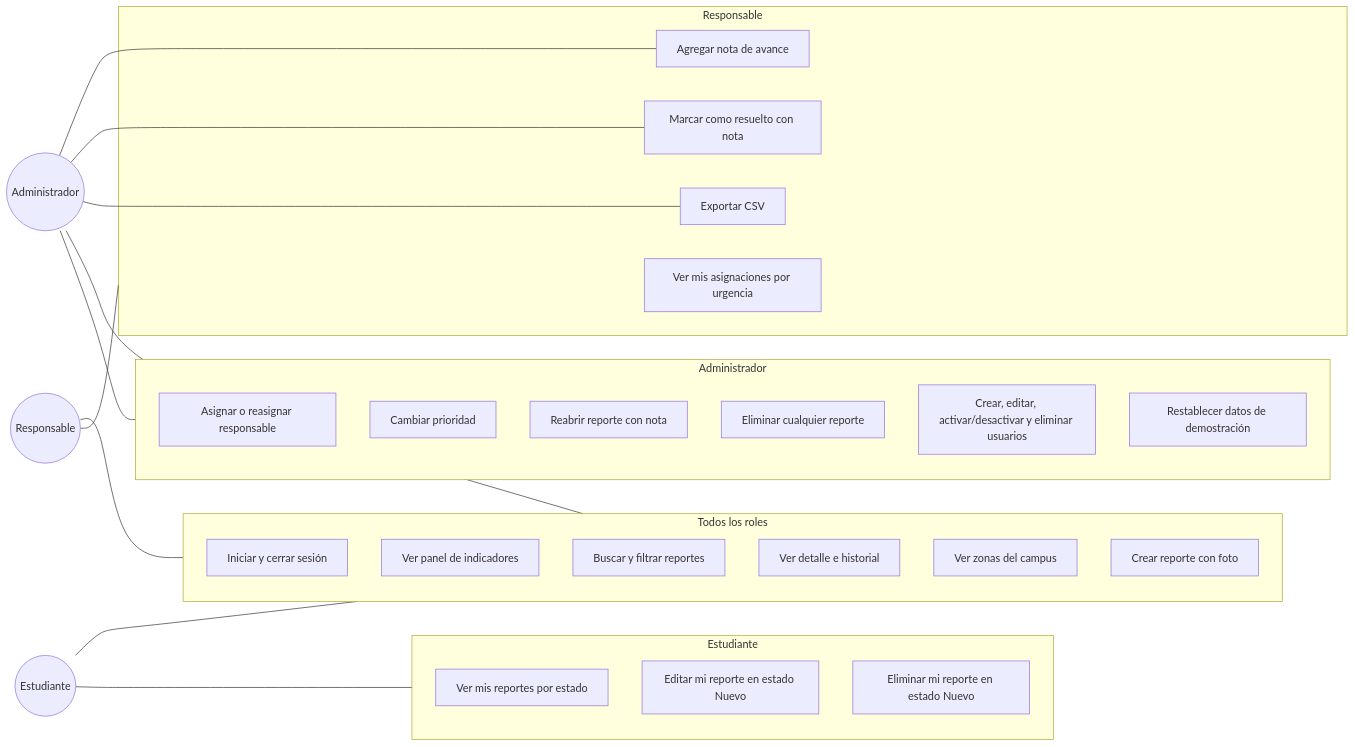
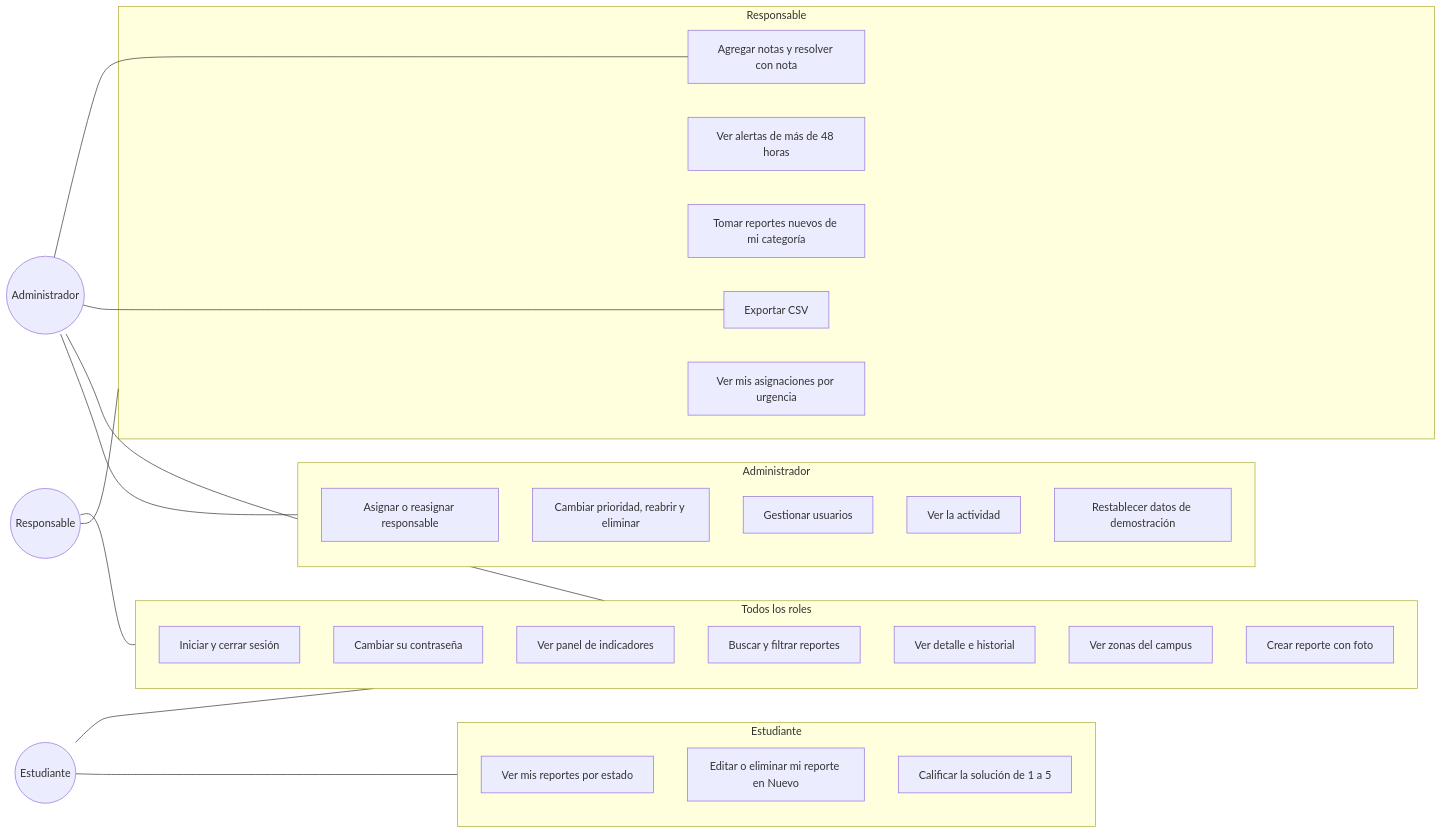
One commit to ElOne1415/ReportaCampus changed the diagram in documentacion/diagramas/casos-de-uso.md. Above: the diagram before and after it, drawn with Mermaid. The commit also changed other lines of this file and 14 other files, not shown here.

First line of the commit message:
docs: arquitectura final, diagramas, requerimientos, pruebas y decisiones

````diff
--- a/documentacion/diagramas/casos-de-uso.md
+++ b/documentacion/diagramas/casos-de-uso.md
@@ -5,47 +5,47 @@
 ```mermaid
 flowchart LR
     E((Estudiante))
     R((Responsable))
     A((Administrador))
 
     subgraph Comunes["Todos los roles"]
         CU1[Iniciar y cerrar sesión]
-        CU2[Ver panel de indicadores]
-        CU3[Buscar y filtrar reportes]
-        CU4[Ver detalle e historial]
-        CU5[Ver zonas del campus]
-        CU6[Crear reporte con foto]
+        CU2[Cambiar su contraseña]
+        CU3[Ver panel de indicadores]
+        CU4[Buscar y filtrar reportes]
+        CU5[Ver detalle e historial]
+        CU6[Ver zonas del campus]
+        CU7[Crear reporte con foto]
     end
 
     subgraph Est["Estudiante"]
-        CU7[Ver mis reportes por estado]
-        CU8[Editar mi reporte en estado Nuevo]
-        CU9[Eliminar mi reporte en estado Nuevo]
+        CU8[Ver mis reportes por estado]
+        CU9[Editar o eliminar mi reporte en Nuevo]
+        CU10[Calificar la solución de 1 a 5]
     end
 
     subgraph Resp["Responsable"]
-        CU10[Ver mis asignaciones por urgencia]
-        CU11[Agregar nota de avance]
-        CU12[Marcar como resuelto con nota]
-        CU13[Exportar CSV]
+        CU11[Ver mis asignaciones por urgencia]
+        CU12[Ver alertas de más de 48 horas]
+        CU13[Tomar reportes nuevos de mi categoría]
+        CU14[Agregar notas y resolver con nota]
+        CU15[Exportar CSV]
     end
 
     subgraph Adm["Administrador"]
-        CU14[Asignar o reasignar responsable]
-        CU15[Cambiar prioridad]
-        CU16[Reabrir reporte con nota]
-        CU17[Eliminar cualquier reporte]
-        CU18[Crear, editar, activar/desactivar y eliminar usuarios]
-        CU19[Restablecer datos de demostración]
+        CU16[Asignar o reasignar responsable]
+        CU17[Cambiar prioridad, reabrir y eliminar]
+        CU18[Gestionar usuarios]
+        CU19[Ver la actividad]
+        CU20[Restablecer datos de demostración]
     end
 
     E --- Comunes
     R --- Comunes
     A --- Comunes
     E --- Est
     R --- Resp
     A --- Adm
-    A --- CU11
-    A --- CU12
-    A --- CU13
+    A --- CU14
+    A --- CU15
 ```
````
